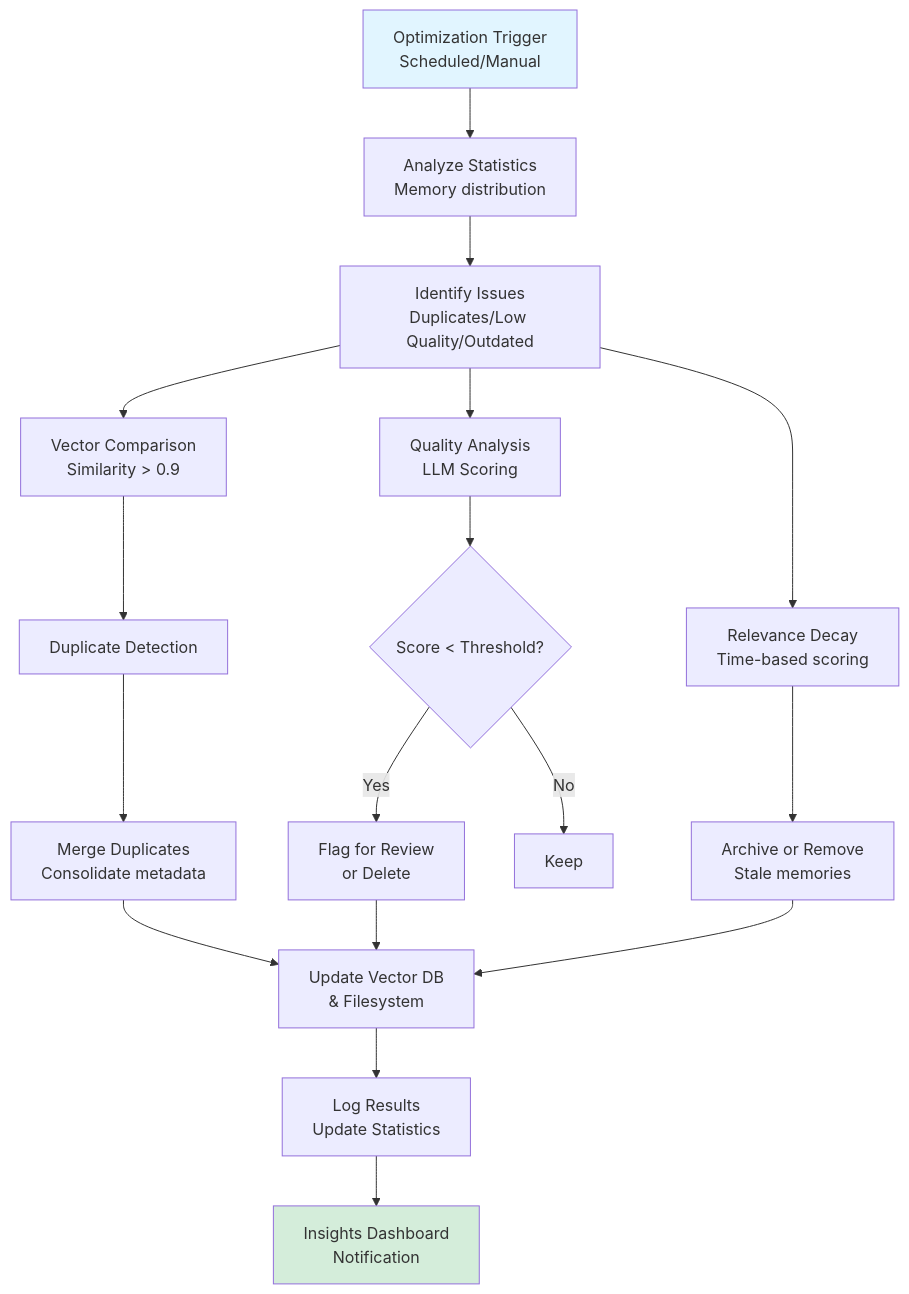
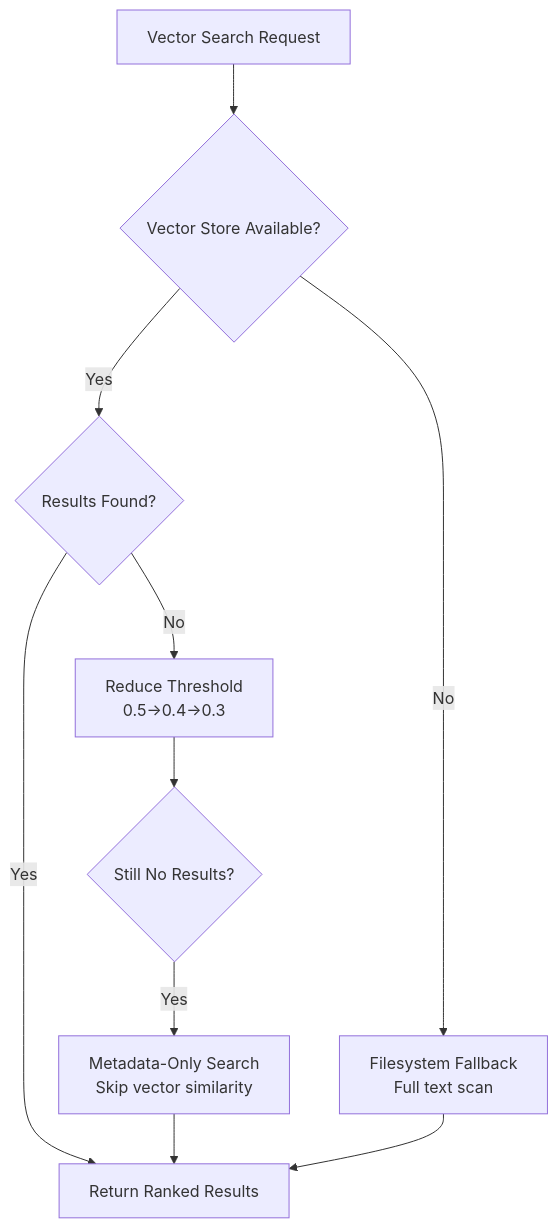
One commit to sopaco/cortex-mem changed the ninth of 9 diagrams in litho.docs/en/3.Workflow.md. Above: the diagram before and after it, drawn with Mermaid. The commit also changed other lines of this file and 45 other files, not shown here.

````diff
--- a/litho.docs/en/3.Workflow.md
+++ b/litho.docs/en/3.Workflow.md
@@ -278,27 +467,14 @@
 ```mermaid
 flowchart TD
-    A[Optimization Trigger<br/>Scheduled/Manual] --> B[Analyze Statistics<br/>Memory distribution]
-    B --> C[Identify Issues<br/>Duplicates/Low Quality/Outdated]
+    A[Vector Search Request] --> B{Vector Store Available?}
+    B -->|No| C[Filesystem Fallback<br/>Full text scan]
+    B -->|Yes| D{Results Found?}
     
-    C --> D[Vector Comparison<br/>Similarity > 0.9]
-    D --> E[Duplicate Detection]
-    E --> F[Merge Duplicates<br/>Consolidate metadata]
+    D -->|No| E[Reduce Threshold<br/>0.5→0.4→0.3]
+    E --> F{Still No Results?}
+    F -->|Yes| G[Metadata-Only Search<br/>Skip vector similarity]
     
-    C --> G[Quality Analysis<br/>LLM Scoring]
-    G --> H{Score < Threshold?}
-    H -->|Yes| I[Flag for Review<br/>or Delete]
-    H -->|No| J[Keep]
-    
-    C --> K[Relevance Decay<br/>Time-based scoring]
-    K --> L[Archive or Remove<br/>Stale memories]
-    
-    F --> M[Update Vector DB<br/>& Filesystem]
-    I --> M
-    L --> M
-    
-    M --> N[Log Results<br/>Update Statistics]
-    N --> O[Insights Dashboard<br/>Notification]
-    
-    style A fill:#e1f5ff
-    style O fill:#d4edda
+    D -->|Yes| H[Return Ranked Results]
+    G --> H
+    C --> H
 ```
````
